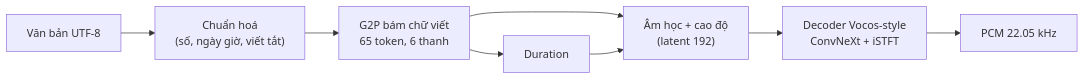
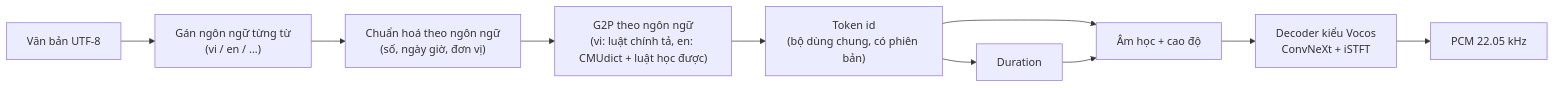
One commit to tuanpmt/vtts changed the diagram in README.vi.md. Above: the diagram before and after it, drawn with Mermaid. The commit also changed other lines of this file and 1 other file, not shown here.

````diff
--- a/README.vi.md
+++ b/README.vi.md
@@ -92,10 +110,12 @@
 ```mermaid
 flowchart LR
-    T["Văn bản UTF-8"] --> N["Chuẩn hoá<br/>(số, ngày giờ, viết tắt)"]
-    N --> G["G2P bám chữ viết<br/>65 token, 6 thanh"]
-    G --> D["Duration"]
-    G --> A["Âm học + cao độ<br/>(latent 192)"]
+    T["Văn bản UTF-8"] --> L["Gán ngôn ngữ từng từ<br/>(vi / en / ...)"]
+    L --> N["Chuẩn hoá theo ngôn ngữ<br/>(số, ngày giờ, đơn vị)"]
+    N --> G["G2P theo ngôn ngữ<br/>(vi: luật chính tả, en: CMUdict + luật học được)"]
+    G --> I["Token id<br/>(bộ dùng chung, có phiên bản)"]
+    I --> D["Duration"]
+    I --> A["Âm học + cao độ"]
     D --> A
-    A --> V["Decoder Vocos-style<br/>ConvNeXt + iSTFT"]
+    A --> V["Decoder kiểu Vocos<br/>ConvNeXt + iSTFT"]
     V --> P["PCM 22.05 kHz"]
 ```
````
